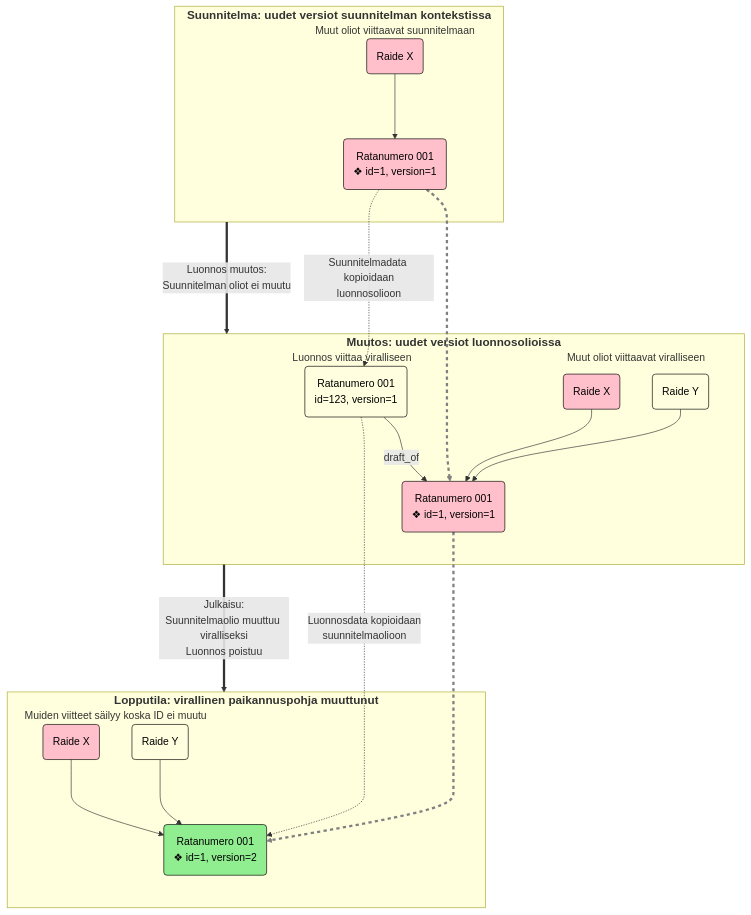
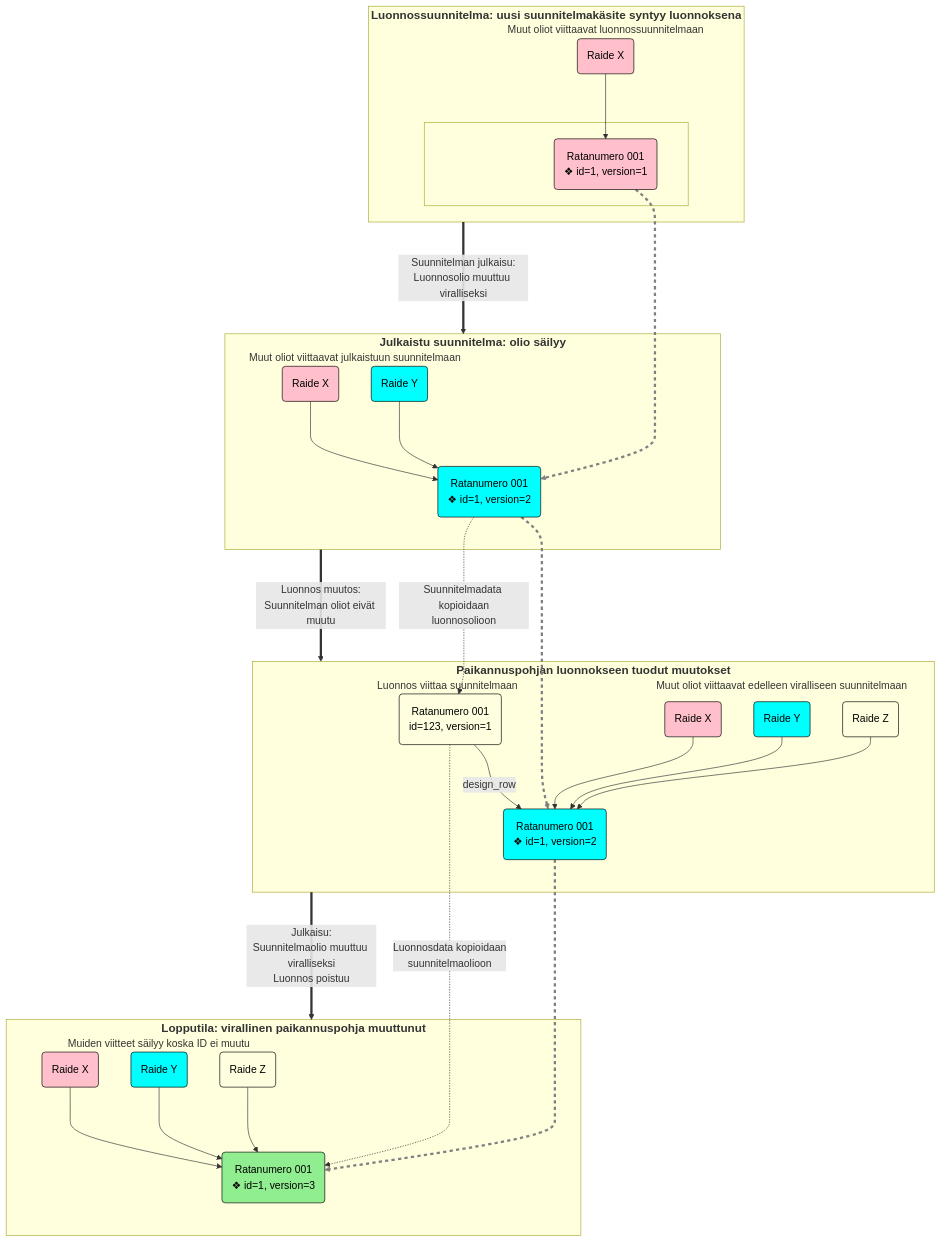
One commit to finnishtransportagency/geoviite changed the fourth of 5 diagrams in doc/paikannuspohjan_kontekstit.md. Above: the diagram before and after it, drawn with Mermaid. The commit also changed other lines of this file, not shown here.

Commit message:
GVT-2541 Update layout context documentation to include design drafts

````diff
--- a/doc/paikannuspohjan_kontekstit.md
+++ b/doc/paikannuspohjan_kontekstit.md
@@ -194,51 +223,68 @@
 ```mermaid
 graph TD
-    subgraph planState [Suunnitelma: uudet versiot suunnitelman kontekstissa]
-        subgraph planTracks [Muut oliot viittaavat suunnitelmaan]
+    subgraph planDraftState [Luonnossuunnitelma: uusi suunnitelmakäsite syntyy luonnoksena]
+        subgraph planDraftTracks [Muut oliot viittaavat luonnossuunnitelmaan]
+            track1InPlanDraft(Raide X)
+        end
+        subgraph planDraftTrackNumber [&nbsp]
+            planTnInPlanDraft("Ratanumero 001\n❖ id=1, version=1")
+        end
+        track1InPlanDraft --> planTnInPlanDraft
+    end
+    subgraph planState [Julkaistu suunnitelma: olio säilyy]
+        subgraph planTracks [Muut oliot viittaavat julkaistuun suunnitelmaan]
             track1InPlan(Raide X)
+            track2InPlan(Raide Y)
         end
         subgraph planTrackNumber [&nbsp]
-            planTnInPlan("Ratanumero 001\n❖ id=1, version=1")
+            planTnInPlan("Ratanumero 001\n❖ id=1, version=2")
         end
         track1InPlan --> planTnInPlan
+        track2InPlan --> planTnInPlan
     end
-    subgraph draftState [Muutos: uudet versiot luonnosolioissa]
-        subgraph draftTracks [Muut oliot viittaavat viralliseen]
+    subgraph draftState [Paikannuspohjan luonnokseen tuodut muutokset]
+        subgraph draftTracks [Muut oliot viittaavat edelleen viralliseen suunnitelmaan]
             track1InDraft(Raide X)
             track2InDraft(Raide Y)
+            track3InDraft(Raide Z)
         end
-        subgraph draftTrackNumber [Luonnos viittaa viralliseen]
+        subgraph draftTrackNumber [Luonnos viittaa suunnitelmaan]
             draftTnInDraft(Ratanumero 001\nid=123, version=1)
-            planTnInDraft("Ratanumero 001\n❖ id=1, version=1")
+            planTnInDraft("Ratanumero 001\n❖ id=1, version=2")
         end
         track1InDraft --> planTnInDraft
         track2InDraft --> planTnInDraft
-        draftTnInDraft -- draft_of --> planTnInDraft
+        track3InDraft --> planTnInDraft
+        draftTnInDraft -- design_row --> planTnInDraft
     end
     subgraph endState [Lopputila: virallinen paikannuspohja muuttunut]
         subgraph endTracks [Muiden viitteet säilyy koska ID ei muutu]
             track1InEnd(Raide X)
             track2InEnd(Raide Y)
+            track3InEnd(Raide Z)
         end
         subgraph endTrackNumber [&nbsp]
-            officialTnInEnd("Ratanumero 001\n❖ id=1, version=2")
+            officialTnInEnd("Ratanumero 001\n❖ id=1, version=3")
         end
         track1InEnd --> officialTnInEnd
         track2InEnd --> officialTnInEnd
+        track3InEnd --> officialTnInEnd
     end
-    planState == Luonnos muutos:\nSuunnitelman oliot ei muutu ==> draftState == Julkaisu:\nSuunnitelmaolio muuttuu viralliseksi\nLuonnos poistuu ==> endState
-    planTnInPlan ====> planTnInDraft ====> officialTnInEnd
+    planTnInPlanDraft ====> planTnInPlan ====> planTnInDraft ====> officialTnInEnd
+    planDraftState == Suunnitelman julkaisu:\nLuonnosolio muuttuu viralliseksi ==> planState == Luonnos muutos:\nSuunnitelman oliot eivät muutu ==> draftState == Julkaisu:\nSuunnitelmaolio muuttuu viralliseksi\nLuonnos poistuu ==> endState
     planTnInPlan -. Suunnitelmadata kopioidaan\nluonnosolioon .-> draftTnInDraft
     draftTnInDraft -. Luonnosdata kopioidaan\nsuunnitelmaolioon .-> officialTnInEnd
     classDef draftObject fill: lightyellow, stroke: black, color: black;
     classDef officialObject fill: lightgreen, stroke: black, color: black;
-    classDef planObject fill: pink, stroke: black, color: black;
-    class draftTnInDraft,track2InDraft,track2InEnd draftObject
+    classDef planObject fill: cyan, stroke: black, color: black;
+    classDef draftPlanObject fill: pink, stroke: black, color: black;
+    class track3InDraft,track3InEnd,draftTnInDraft draftObject
     class officialTnInEnd officialObject
-    class planTnInPlan,planTnInDraft,track1InPlan,track1InDraft,track1InEnd planObject
-    linkStyle 8,9 stroke: grey, stroke-dasharray: 5 5
+    class track2InPlan,track2InDraft,track2InEnd,planTnInPlan,planTnInDraft planObject
+    class track1InPlanDraft,track1InPlan,track1InDraft,track1InEnd,planTnInPlanDraft draftPlanObject
+    linkStyle 10,11,12 stroke: grey, stroke-dasharray: 5 5
     classDef phaseCategory font-size: 18px, font-weight: bold
-    class startState,planState,draftState,endState phaseCategory
+    class startState,planDraftState,planState,draftState,endState phaseCategory
     classDef objectCategory stroke: transparent
-    class startTracks,planTracks,draftTracks,endTracks,startTrackNumber,planTrackNumber,draftTrackNumber,endTrackNumber objectCategory
+    class startTracks,planDraftTracks,planTracks,draftTracks,endTracks,startTrackNumber,planTrackNumber,draftTrackNumber,endTrackNumber objectCategory
 ```
````
